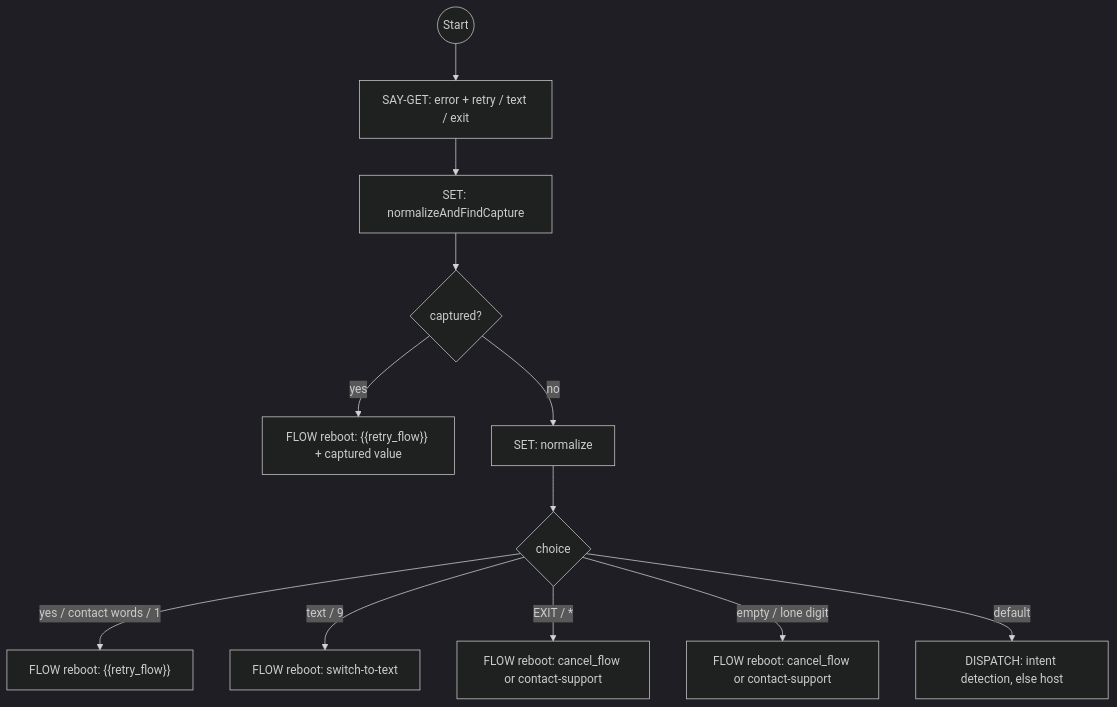
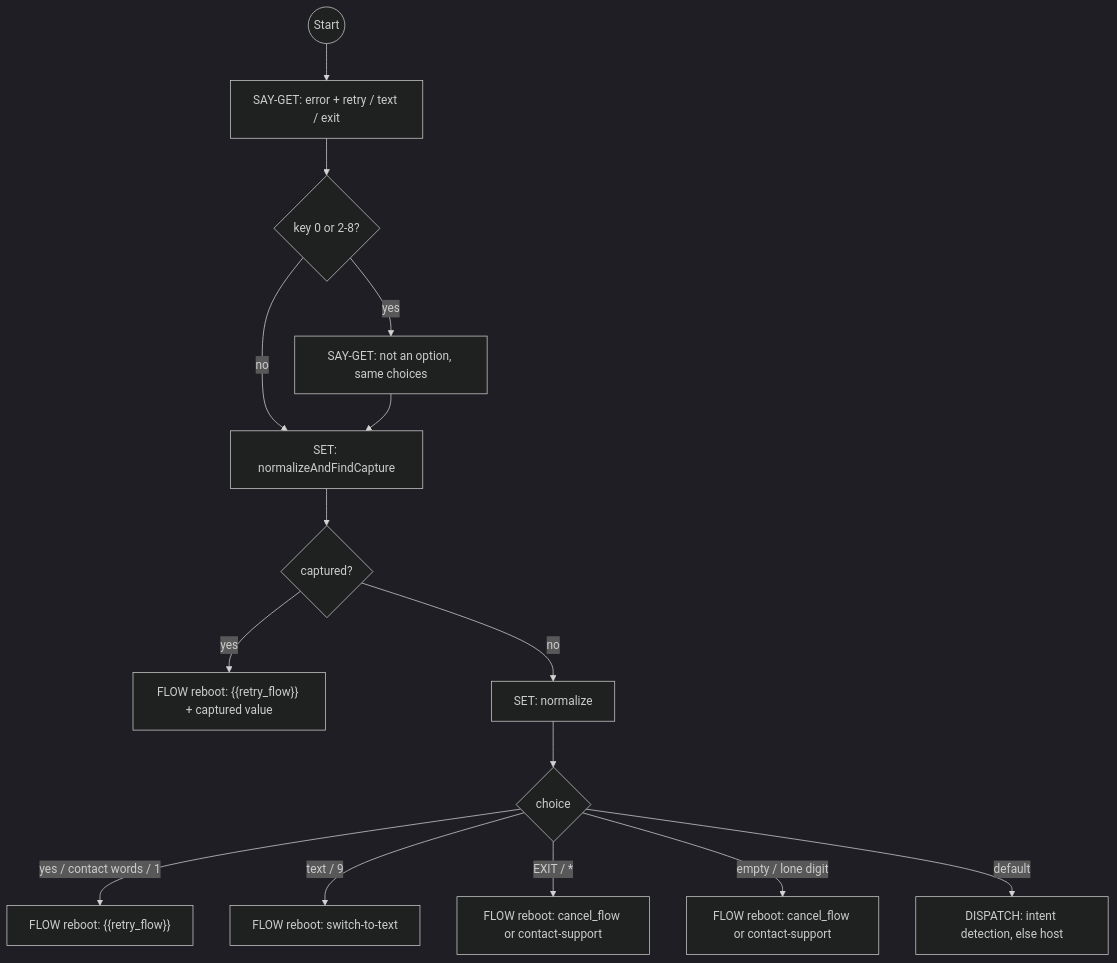
Before and after one commit to ronpinkas/jsfe: the tenth of 14 diagrams in docs/system-flows.md, drawn with Mermaid (dark theme). The commit also changed other lines of this file and 1 other file, not shown here.

Commit message:
docs: system and Shopify flow pages match the bundled flows (live-agent-requested 1.6.0, authenticate-user 1.2.0, otp-sms-failed, otp-text-undeliverable, contact-support 1.2.0, OTP code flows, shopify-product-search 1.1.1)

````diff
--- a/docs/system-flows.md
+++ b/docs/system-flows.md
@@ -418,14 +525,17 @@
 ```mermaid
 graph TD
     start((Start)) --> say_error_and_prompt[SAY-GET: error + retry / text / exit]
-    say_error_and_prompt --> check_smart_capture[SET: normalizeAndFindCapture]
+    say_error_and_prompt --> reprompt{key 0 or 2-8?}
+    reprompt -->|yes| say_not_an_option[SAY-GET: not an option, same choices]
+    reprompt -->|no| check_smart_capture[SET: normalizeAndFindCapture]
+    say_not_an_option --> check_smart_capture
     check_smart_capture --> handle_smart_capture{captured?}
     handle_smart_capture -->|yes| reboot_with_captured_value["FLOW reboot: {{retry_flow}} + captured value"]
     handle_smart_capture -->|no| normalize_choice[SET: normalize]
     normalize_choice --> handle_choice{choice}
     handle_choice -->|yes / contact words / 1| do_retry["FLOW reboot: {{retry_flow}}"]
     handle_choice -->|text / 9| do_switch_text[FLOW reboot: switch-to-text]
     handle_choice -->|EXIT / *| do_abort["FLOW reboot: cancel_flow or contact-support"]
     handle_choice -->|empty / lone digit| do_cancel_no_intent["FLOW reboot: cancel_flow or contact-support"]
     handle_choice -->|default| dispatch_unrecognised["DISPATCH: intent detection, else host"]
 ```
````
